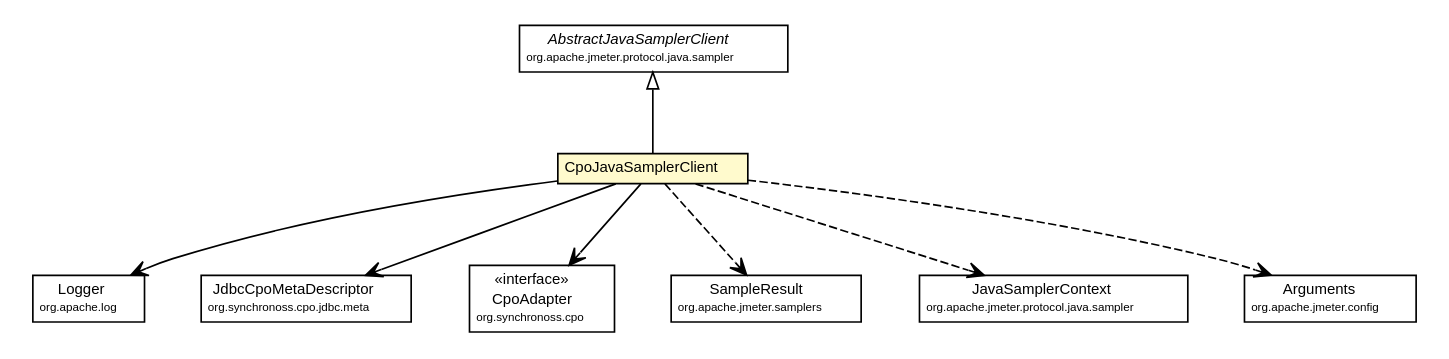
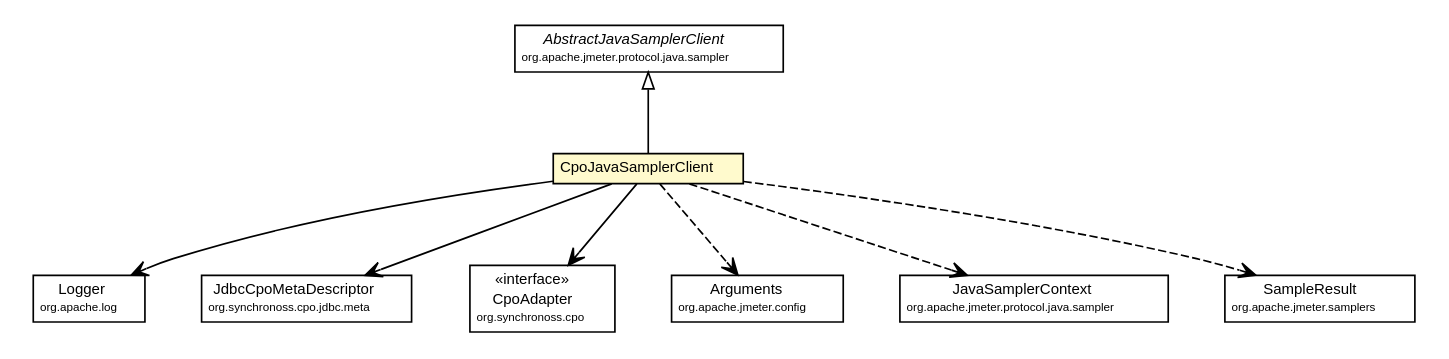
The diagram in site/testapidocs/org/synchronoss/cpo/jdbc/jmeter/CpoJavaSamplerClient.dot (synchronoss/cpo-api), drawn with Graphviz before and after one commit. The commit also changed 984 other files, not shown here.

```diff
--- a/site/testapidocs/org/synchronoss/cpo/jdbc/jmeter/CpoJavaSamplerClient.dot
+++ b/site/testapidocs/org/synchronoss/cpo/jdbc/jmeter/CpoJavaSamplerClient.dot
@@ -1,80 +1,80 @@
 #!/usr/local/bin/dot
 #
 # Class diagram 
 # Generated by UmlGraph version 4.6 (http://www.spinellis.gr/sw/umlgraph)
 #
 
 digraph G {
 	edge [fontname="Helvetica",fontsize=10,labelfontname="Helvetica",labelfontsize=10];
 	node [fontname="Helvetica",fontsize=10,shape=plaintext];
 	// org.synchronoss.cpo.jdbc.jmeter.CpoJavaSamplerClient
 	c2114 [label=<<table border="0" cellborder="1" cellspacing="0" cellpadding="2" port="p" bgcolor="lemonChiffon" href="./CpoJavaSamplerClient.html">
 		<tr><td><table border="0" cellspacing="0" cellpadding="1">
 			<tr><td> CpoJavaSamplerClient </td></tr>
 		</table></td></tr>
 		</table>>, fontname="Helvetica", fontcolor="black", fontsize=9.0];
 	//org.synchronoss.cpo.jdbc.jmeter.CpoJavaSamplerClient extends org.apache.jmeter.protocol.java.sampler.AbstractJavaSamplerClient
 	c2135:p -> c2114:p [dir=back,arrowtail=empty];
 	// org.synchronoss.cpo.jdbc.jmeter.CpoJavaSamplerClient NAVASSOC org.apache.log.Logger
 	c2114:p -> c2141:p [taillabel="", label="", headlabel="", fontname="Helvetica", fontcolor="black", fontsize=10.0, color="black", arrowhead=open];
 	// org.synchronoss.cpo.jdbc.jmeter.CpoJavaSamplerClient NAVASSOC org.synchronoss.cpo.jdbc.meta.JdbcCpoMetaDescriptor
 	c2114:p -> c2142:p [taillabel="", label="", headlabel="", fontname="Helvetica", fontcolor="black", fontsize=10.0, color="black", arrowhead=open];
 	// org.synchronoss.cpo.jdbc.jmeter.CpoJavaSamplerClient NAVASSOC org.synchronoss.cpo.CpoAdapter
 	c2114:p -> c2143:p [taillabel="", label="", headlabel="", fontname="Helvetica", fontcolor="black", fontsize=10.0, color="black", arrowhead=open];
-	// org.synchronoss.cpo.jdbc.jmeter.CpoJavaSamplerClient DEPEND org.apache.jmeter.samplers.SampleResult
+	// org.synchronoss.cpo.jdbc.jmeter.CpoJavaSamplerClient DEPEND org.apache.jmeter.config.Arguments
 	c2114:p -> c2147:p [taillabel="", label="", headlabel="", fontname="Helvetica", fontcolor="black", fontsize=10.0, color="black", arrowhead=open, style=dashed];
 	// org.synchronoss.cpo.jdbc.jmeter.CpoJavaSamplerClient DEPEND org.apache.jmeter.protocol.java.sampler.JavaSamplerContext
 	c2114:p -> c2149:p [taillabel="", label="", headlabel="", fontname="Helvetica", fontcolor="black", fontsize=10.0, color="black", arrowhead=open, style=dashed];
-	// org.synchronoss.cpo.jdbc.jmeter.CpoJavaSamplerClient DEPEND org.apache.jmeter.config.Arguments
+	// org.synchronoss.cpo.jdbc.jmeter.CpoJavaSamplerClient DEPEND org.apache.jmeter.samplers.SampleResult
 	c2114:p -> c2153:p [taillabel="", label="", headlabel="", fontname="Helvetica", fontcolor="black", fontsize=10.0, color="black", arrowhead=open, style=dashed];
 	// org.apache.jmeter.config.Arguments
-	c2153 [label=<<table border="0" cellborder="1" cellspacing="0" cellpadding="2" port="p" href="http://java.sun.com/j2se/1.4.2/docs/api/org/apache/jmeter/config/Arguments.html">
+	c2147 [label=<<table border="0" cellborder="1" cellspacing="0" cellpadding="2" port="p" href="http://java.sun.com/j2se/1.4.2/docs/api/org/apache/jmeter/config/Arguments.html">
 		<tr><td><table border="0" cellspacing="0" cellpadding="1">
 			<tr><td> Arguments </td></tr>
 			<tr><td><font point-size="7.0"> org.apache.jmeter.config </font></td></tr>
 		</table></td></tr>
 		</table>>, fontname="Helvetica", fontcolor="black", fontsize=9.0];
 	// org.apache.jmeter.protocol.java.sampler.AbstractJavaSamplerClient
 	c2135 [label=<<table border="0" cellborder="1" cellspacing="0" cellpadding="2" port="p" href="http://java.sun.com/j2se/1.4.2/docs/api/org/apache/jmeter/protocol/java/sampler/AbstractJavaSamplerClient.html">
 		<tr><td><table border="0" cellspacing="0" cellpadding="1">
 			<tr><td><font face="Helvetica-Oblique"> AbstractJavaSamplerClient </font></td></tr>
 			<tr><td><font point-size="7.0"> org.apache.jmeter.protocol.java.sampler </font></td></tr>
 		</table></td></tr>
 		</table>>, fontname="Helvetica", fontcolor="black", fontsize=9.0];
 	// org.apache.jmeter.protocol.java.sampler.JavaSamplerContext
 	c2149 [label=<<table border="0" cellborder="1" cellspacing="0" cellpadding="2" port="p" href="http://java.sun.com/j2se/1.4.2/docs/api/org/apache/jmeter/protocol/java/sampler/JavaSamplerContext.html">
 		<tr><td><table border="0" cellspacing="0" cellpadding="1">
 			<tr><td> JavaSamplerContext </td></tr>
 			<tr><td><font point-size="7.0"> org.apache.jmeter.protocol.java.sampler </font></td></tr>
 		</table></td></tr>
 		</table>>, fontname="Helvetica", fontcolor="black", fontsize=9.0];
 	// org.apache.log.Logger
 	c2141 [label=<<table border="0" cellborder="1" cellspacing="0" cellpadding="2" port="p" href="http://java.sun.com/j2se/1.4.2/docs/api/org/apache/log/Logger.html">
 		<tr><td><table border="0" cellspacing="0" cellpadding="1">
 			<tr><td> Logger </td></tr>
 			<tr><td><font point-size="7.0"> org.apache.log </font></td></tr>
 		</table></td></tr>
 		</table>>, fontname="Helvetica", fontcolor="black", fontsize=9.0];
 	// org.synchronoss.cpo.CpoAdapter
 	c2143 [label=<<table border="0" cellborder="1" cellspacing="0" cellpadding="2" port="p" href="http://java.sun.com/j2se/1.4.2/docs/api/org/synchronoss/cpo/CpoAdapter.html">
 		<tr><td><table border="0" cellspacing="0" cellpadding="1">
 			<tr><td> &laquo;interface&raquo; </td></tr>
 			<tr><td> CpoAdapter </td></tr>
 			<tr><td><font point-size="7.0"> org.synchronoss.cpo </font></td></tr>
 		</table></td></tr>
 		</table>>, fontname="Helvetica", fontcolor="black", fontsize=9.0];
 	// org.synchronoss.cpo.jdbc.meta.JdbcCpoMetaDescriptor
 	c2142 [label=<<table border="0" cellborder="1" cellspacing="0" cellpadding="2" port="p" href="http://java.sun.com/j2se/1.4.2/docs/api/org/synchronoss/cpo/jdbc/meta/JdbcCpoMetaDescriptor.html">
 		<tr><td><table border="0" cellspacing="0" cellpadding="1">
 			<tr><td> JdbcCpoMetaDescriptor </td></tr>
 			<tr><td><font point-size="7.0"> org.synchronoss.cpo.jdbc.meta </font></td></tr>
 		</table></td></tr>
 		</table>>, fontname="Helvetica", fontcolor="black", fontsize=9.0];
 	// org.apache.jmeter.samplers.SampleResult
-	c2147 [label=<<table border="0" cellborder="1" cellspacing="0" cellpadding="2" port="p" href="http://java.sun.com/j2se/1.4.2/docs/api/org/apache/jmeter/samplers/SampleResult.html">
+	c2153 [label=<<table border="0" cellborder="1" cellspacing="0" cellpadding="2" port="p" href="http://java.sun.com/j2se/1.4.2/docs/api/org/apache/jmeter/samplers/SampleResult.html">
 		<tr><td><table border="0" cellspacing="0" cellpadding="1">
 			<tr><td> SampleResult </td></tr>
 			<tr><td><font point-size="7.0"> org.apache.jmeter.samplers </font></td></tr>
 		</table></td></tr>
 		</table>>, fontname="Helvetica", fontcolor="black", fontsize=9.0];
 }
```
